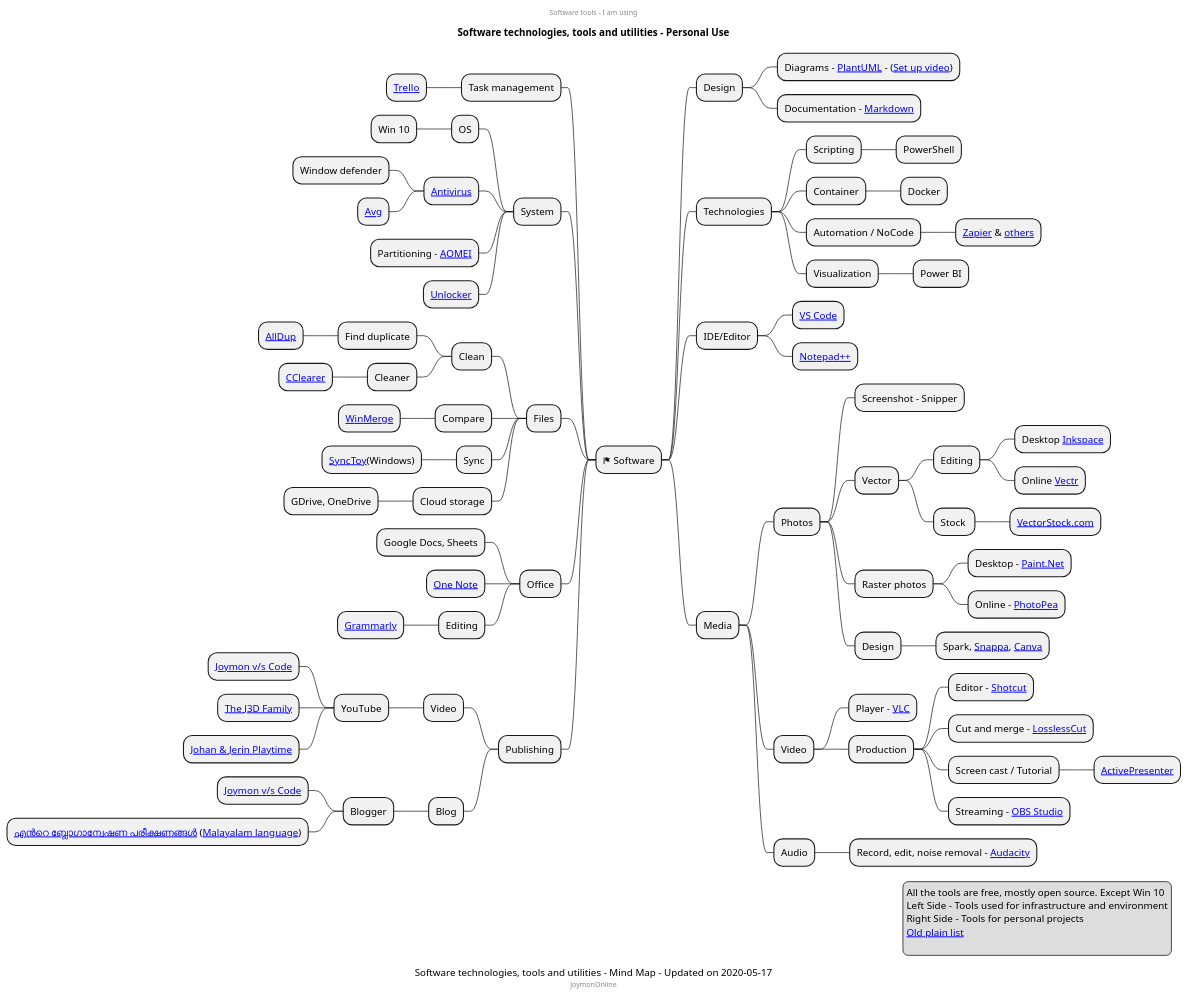
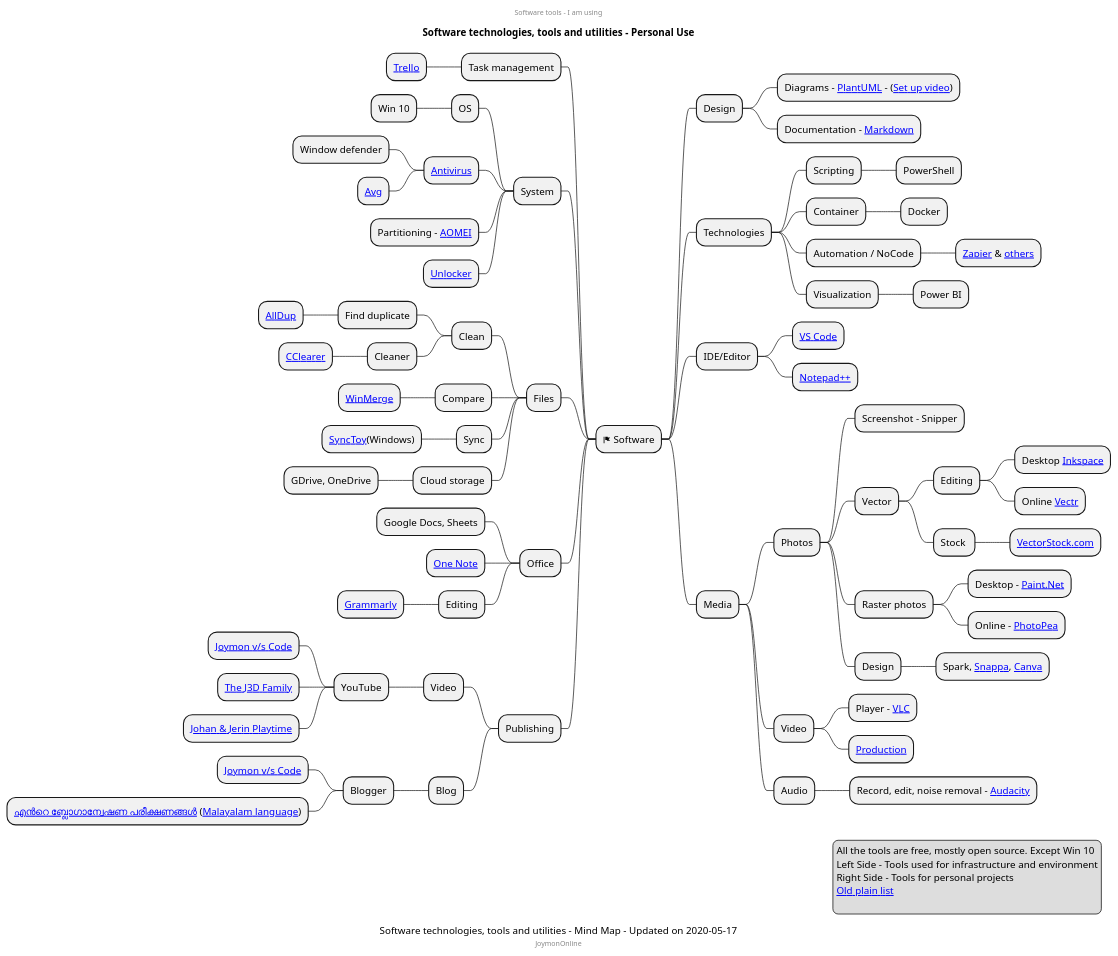
One commit to mind-maps/software changed the diagram in software-tools/personal-tools.puml. Above: the diagram before and after it, drawn with PlantUML.

Commit message:
Updates to personal tools

```diff
--- a/software-tools/personal-tools.puml
+++ b/software-tools/personal-tools.puml
@@ -1,99 +1,97 @@
 @startmindmap
 center header
 Software tools - I am using
 endheader
 title Software technologies, tools and utilities - Personal Use
 caption Software technologies, tools and utilities - Mind Map - Updated on 2020-05-17
 center footer JoymonOnline
 * <&flag> Software
 ** Design
 *** Diagrams - [[https://en.wikipedia.org/wiki/PlantUML PlantUML]] - ([[https://www.youtube.com/watch?v=Zt3Bj1HMJ8g Set up video]])
 *** Documentation - [[https://en.wikipedia.org/wiki/Markdown Markdown]]
 ** Technologies
 *** Scripting
 **** PowerShell
 *** Container
 **** Docker
 *** Automation / NoCode
 **** [[https://zapier.com/home Zapier]] & [[https://gist.github.com/joymon/89aeb18bef588895426b46a54e2ba970 others]]
 *** Visualization
 **** Power BI
 ** IDE/Editor
 *** [[https://code.visualstudio.com/ VS Code]]
 *** [[https://notepad-plus-plus.org/ Notepad++]]
 
 ** Media
 *** Photos
 **** Screenshot - Snipper
 **** Vector
 ***** Editing
 ****** Desktop [[https://inkscape.org/ Inkspace]]
 ****** Online [[https://vectr.com/ Vectr]]
 ***** Stock 
 ****** [[https://www.vectorstock.com/ VectorStock.com]]
 **** Raster photos
 ***** Desktop - [[https://www.getpaint.net/ Paint.Net]]
 ***** Online - [[https://www.photopea.com/ PhotoPea]]
 **** Design
 ***** Spark, [[https://snappa.com/ Snappa]], [[https://www.canva.com/ Canva]]
 *** Video
 **** Player - [[https://www.videolan.org/vlc/download-windows.html VLC]]
-**** Production
-***** Editor - [[https://shotcut.org/download/ Shotcut]]
-***** Cut and merge - [[https://github.com/mifi/lossless-cut/releases LosslessCut]]
-***** Screen cast / Tutorial
-****** [[https://atomisystems.com/download/ ActivePresenter]]
-***** Streaming - [[https://obsproject.com/download OBS Studio]]
+**** [[https://www.plantuml.com/plantuml/proxy?fmt=svg&cache=no&src=https://raw.githubusercontent.com/mind-maps/technology/master/media/video/publishing.puml Production]]
+
+
+
 
 *** Audio
 **** Record, edit, noise removal - [[https://www.audacityteam.org/download/ Audacity]]
 
 left side
 
 ** Task management
 *** [[https://trello.com/ Trello]]
 ** System
 *** OS
 **** Win 10
 *** [[https://www.av-test.org/en/antivirus/home-windows/ Antivirus]]
 **** Window defender
 **** [[https://www.avg.com/ Avg]]
 *** Partitioning - [[https://www.diskpart.com/free-partition-manager.html AOMEI]]
 *** [[http://www.emptyloop.com/unlocker/ Unlocker]]
 ** Files
 *** Clean
 **** Find duplicate
 ***** [[http://www.alldup.info/en_download_alldup.php AllDup]]
 **** Cleaner
 ***** [[https://www.ccleaner.com/ CClearer]]
 *** Compare
 **** [[https://winmerge.org/?lang=en WinMerge]]
 *** Sync
 **** [[https://www.microsoft.com/en-us/download/details.aspx?id=15155 SyncToy]](Windows)
 *** Cloud storage
 **** GDrive, OneDrive
 ** Office
 *** Google Docs, Sheets
 *** [[https://www.onenote.com/ One Note]]
 *** Editing
 **** [[https://app.grammarly.com/ Grammarly]]
 ** Publishing
 *** Video
 **** YouTube
 ***** [[https://www.youtube.com/channel/UC78wYrq_keVaDV8STReHRxg Joymon v/s Code]]
 ***** [[https://www.youtube.com/channel/UCzYqSifCwLYpmgRxvNo7BzA The J3D Family]]
 ***** [[https://www.youtube.com/channel/UC1D3Fy0L0aoI0OfUEZnWy5A Johan & Jerin Playtime]]
 *** Blog
 **** Blogger
 ***** [[https://joymonscode.blogspot.com/ Joymon v/s Code]]
 ***** [[https://joy-mon.blogspot.com/ എന്‍റെ ബ്ലോഗാന്വേഷണ പരീക്ഷണങ്ങള്‍]] ([[https://en.wikipedia.org/wiki/Malayalam Malayalam language]])
 
 legend right
 All the tools are free, mostly open source. Except Win 10
 Left Side - Tools used for infrastructure and environment
 Right Side - Tools for personal projects
 [[https://joymonscode.blogspot.com/2017/05/toolbox-for-open-source-developers.html Old plain list]]
   
 endlegend
 
 @endmindmap
```
